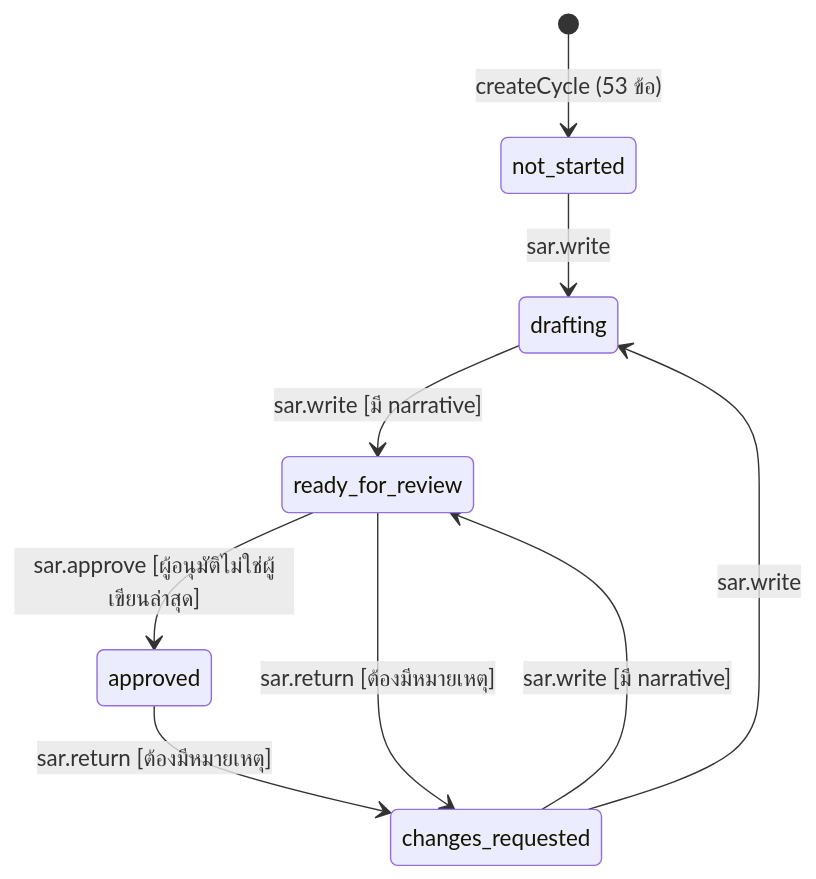
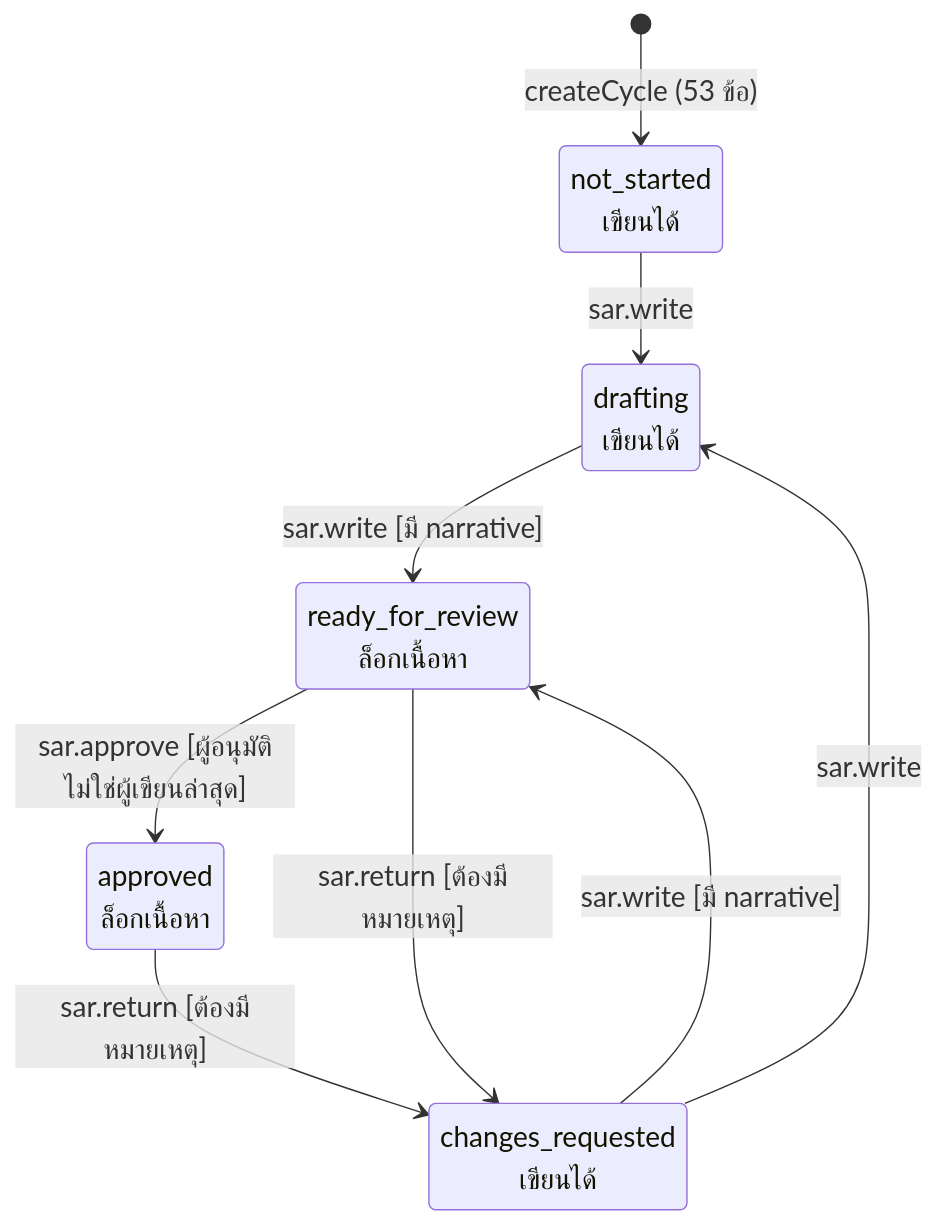
Before and after one commit to sunthanathza5566/project-mockup: the diagram in docs/diagrams/state-section.mmd, drawn with Mermaid. The commit also changed 15 other files, not shown here.

Commit message:
docs(TASK-0002): UML set updated for redesign, onboarding, notification deep links

```diff
--- a/docs/diagrams/state-section.mmd
+++ b/docs/diagrams/state-section.mmd
@@ -1,11 +1,17 @@
-%% source: eduflow-next/lib/api/workflow.ts:40-48 (SECTION_TRANSITIONS), 318-365 (transitionSection); sar.store.ts:92 (saveSection: not_started → drafting), 159-184 (submit/approve/return) | task: TASK-0001 | updated: 2026-10-22
+%% source: eduflow-next/lib/api/workflow.ts:42-50 (SECTION_TRANSITIONS), 78-99 (SECTION_EDITABLE, assertSectionEditable, assertSectionsEditable, isSectionEditable); sar.store.ts:65,135 (saveSection/setSelfRating ตรวจ editable), 159-184 (submit/approve/return); evidence.store.ts:163,272,299 (ผูก/เลิกผูกหลักฐานตรวจ editable) | task: TASK-0002 | updated: 2026-10-27
+%%{init: {"themeVariables": {"fontSize": "20px"}}}%%
 stateDiagram-v2
   direction TB
+  state "not_started<br/>เขียนได้" as not_started
+  state "drafting<br/>เขียนได้" as drafting
+  state "changes_requested<br/>เขียนได้" as changes_requested
+  state "ready_for_review<br/>ล็อกเนื้อหา" as ready_for_review
+  state "approved<br/>ล็อกเนื้อหา" as approved
   [*] --> not_started : createCycle (53 ข้อ)
   not_started --> drafting : sar.write
   drafting --> ready_for_review : sar.write [มี narrative]
   ready_for_review --> approved : sar.approve [ผู้อนุมัติไม่ใช่ผู้เขียนล่าสุด]
   ready_for_review --> changes_requested : sar.return [ต้องมีหมายเหตุ]
   changes_requested --> drafting : sar.write
   changes_requested --> ready_for_review : sar.write [มี narrative]
   approved --> changes_requested : sar.return [ต้องมีหมายเหตุ]
```
